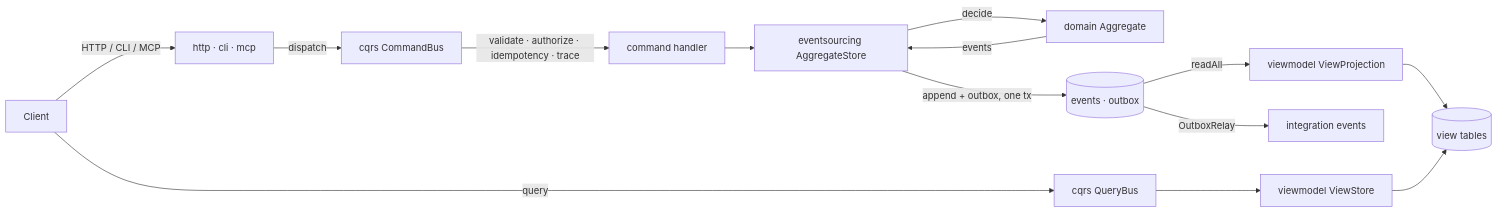
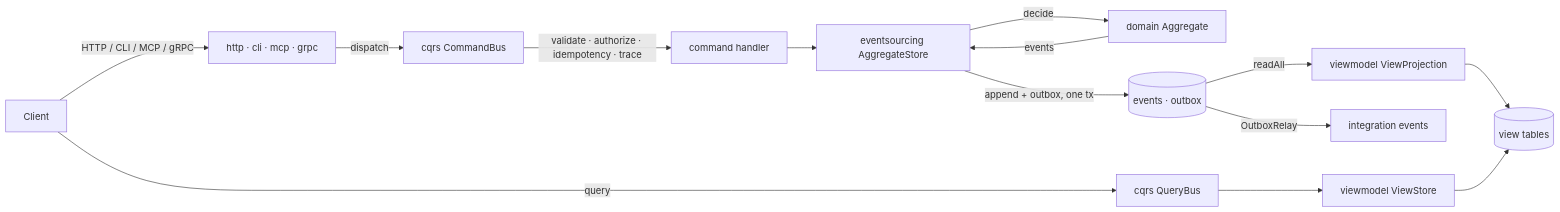
One commit to Ligerian-labs/structure changed the first of 2 diagrams in docs/architecture.md. Above: the diagram before and after it, drawn with Mermaid. The commit also changed other lines of this file and 37 other files, not shown here.

Commit message:
feat(grpc): add Effect-native gRPC services and clients (#100)

````diff
--- a/docs/architecture.md
+++ b/docs/architecture.md
@@ -7,16 +7,16 @@
 ```mermaid
 flowchart LR
-    Client -->|HTTP / CLI / MCP| Edge[http · cli · mcp]
+    Client -->|HTTP / CLI / MCP / gRPC| Edge[http · cli · mcp · grpc]
     Edge -->|dispatch| Bus[cqrs CommandBus]
     Bus -->|validate · authorize · idempotency · trace| Handler[command handler]
     Handler --> AS[eventsourcing AggregateStore]
     AS -->|decide| Agg[domain Aggregate]
     Agg -->|events| AS
     AS -->|append + outbox, one tx| Store[(events · outbox)]
     Store -->|readAll| Proj[viewmodel ViewProjection]
     Proj --> View[(view tables)]
     Store -->|OutboxRelay| Broker[integration events]
     Client -->|query| QBus[cqrs QueryBus]
     QBus --> ViewStore[viewmodel ViewStore]
     ViewStore --> View
 ```
````
